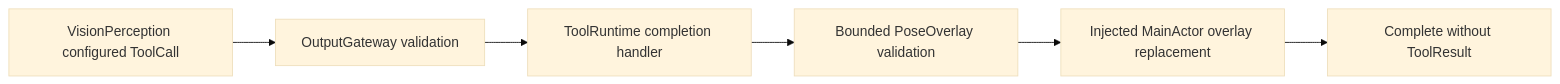
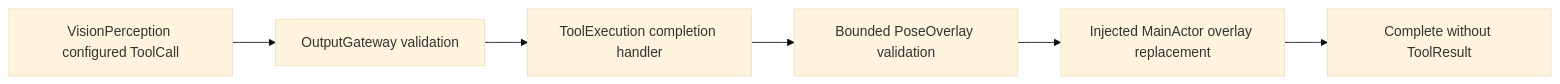
One commit to devilyouwei/MobileHarness changed the diagram in MobileHarness/Tools/UI/README.md. Above: the diagram before and after it, drawn with Mermaid (base theme). The commit also changed other lines of this file and 132 other files, not shown here.

````diff
--- a/MobileHarness/Tools/UI/README.md
+++ b/MobileHarness/Tools/UI/README.md
@@ -7,8 +7,8 @@
 ```mermaid
 flowchart LR
     Vision[VisionPerception configured ToolCall] --> Gateway[OutputGateway validation]
-    Gateway --> Runtime[ToolRuntime completion handler]
+    Gateway --> Runtime[ToolExecution completion handler]
     Runtime --> Validate[Bounded PoseOverlay validation]
     Validate --> UI[Injected MainActor overlay replacement]
     UI --> Done[Complete without ToolResult]
 ```
````
